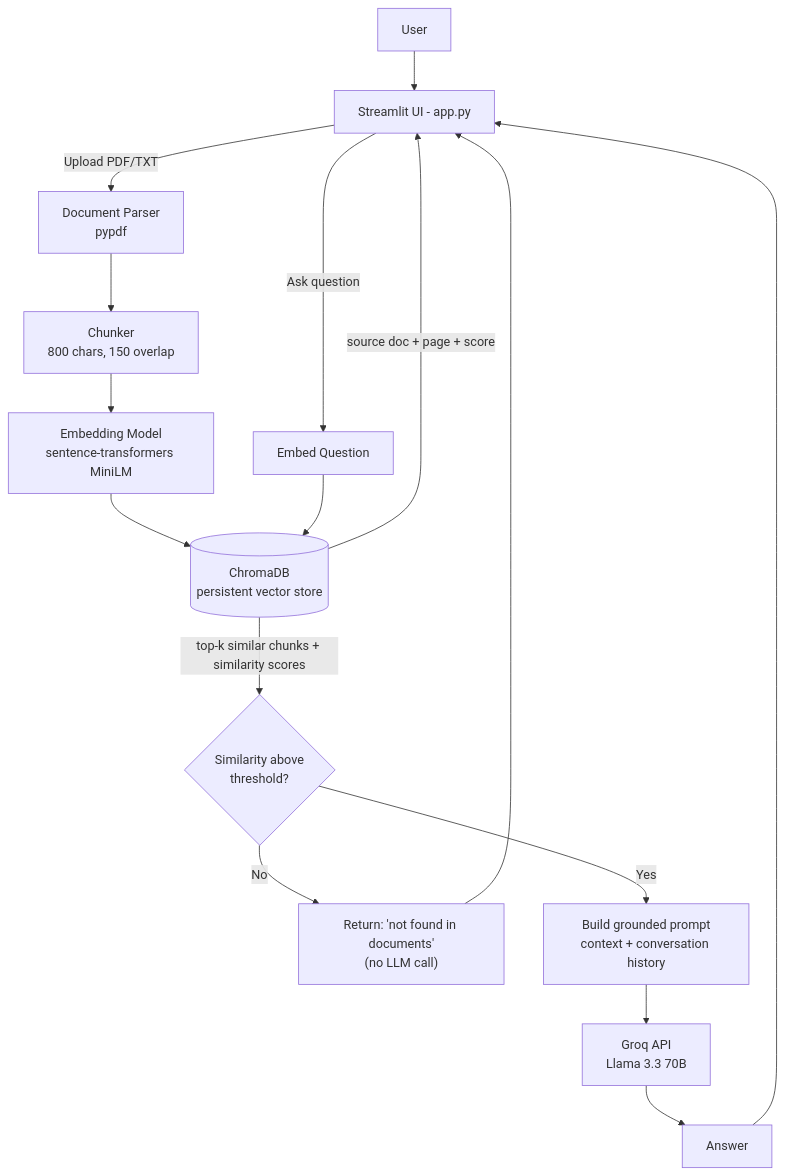
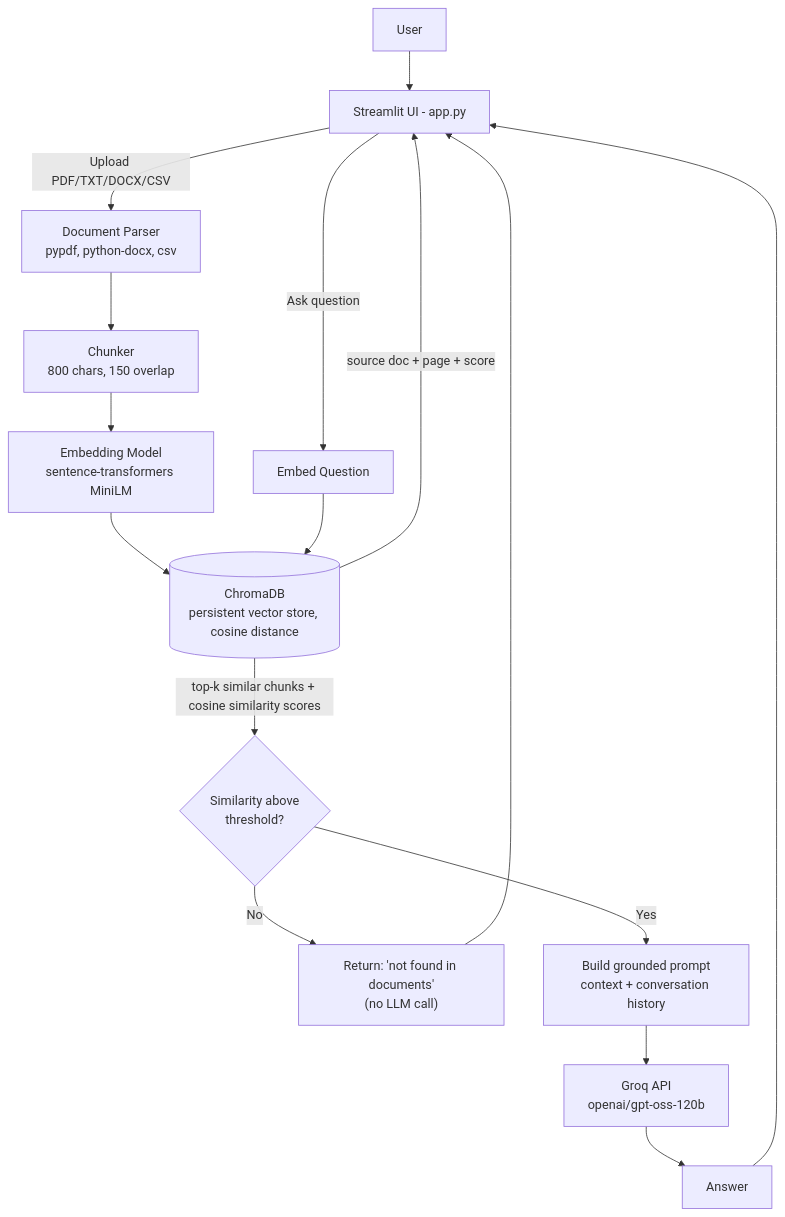
Before and after one commit to arvindm2647/smart-document-assistant: the diagram in architecture.md, drawn with Mermaid. The commit also changed other lines of this file, not shown here.

````diff
--- a/architecture.md
+++ b/architecture.md
@@ -3,19 +3,19 @@
 ```mermaid
 flowchart TD
     A[User] --> B[Streamlit UI - app.py]
-    B -->|Upload PDF/TXT| C[Document Parser<br/>pypdf]
+    B -->|Upload PDF/TXT/DOCX/CSV| C[Document Parser<br/>pypdf, python-docx, csv]
     C --> D[Chunker<br/>800 chars, 150 overlap]
     D --> E[Embedding Model<br/>sentence-transformers MiniLM]
-    E --> F[(ChromaDB<br/>persistent vector store)]
+    E --> F[(ChromaDB<br/>persistent vector store, cosine distance)]
 
     B -->|Ask question| G[Embed Question]
     G --> F
-    F -->|top-k similar chunks + similarity scores| H{Similarity above<br/>threshold?}
+    F -->|top-k similar chunks + cosine similarity scores| H{Similarity above<br/>threshold?}
     H -->|No| I["Return: 'not found in documents'<br/>(no LLM call)"]
     H -->|Yes| J[Build grounded prompt<br/>context + conversation history]
-    J --> K[Groq API<br/>Llama 3.3 70B]
+    J --> K[Groq API<br/>openai/gpt-oss-120b]
     K --> L[Answer]
     L --> B
     I --> B
     F -->|source doc + page + score| B
 ```
````
